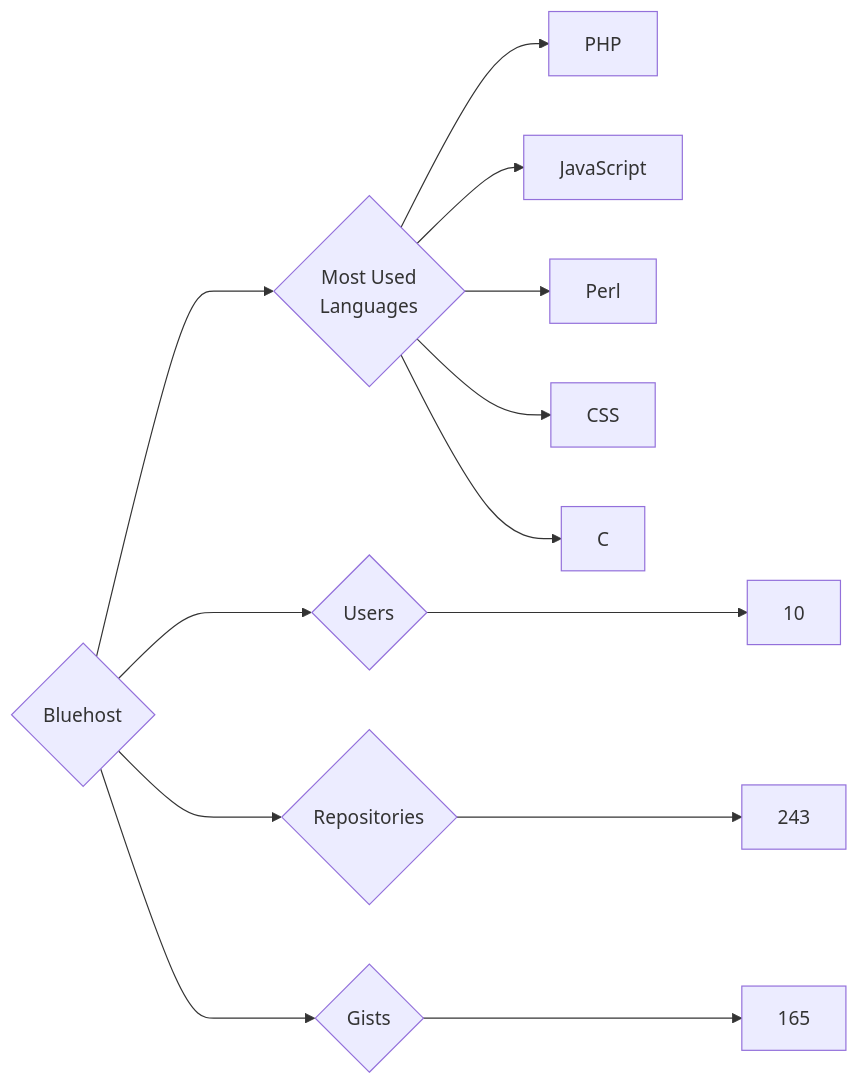
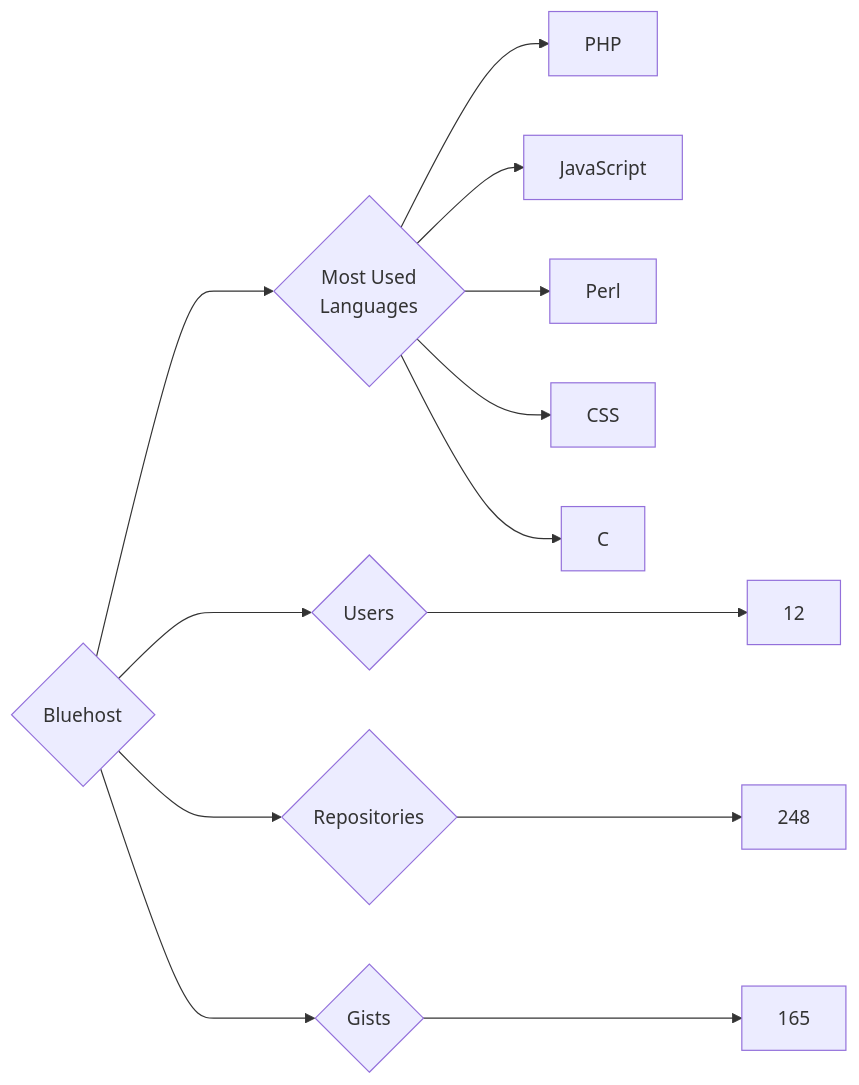
Before and after one commit to trickest/insiders: the diagram in targets/Bluehost/README.md, drawn with Mermaid. The commit also changed 924 other files, not shown here.

````diff
--- a/targets/Bluehost/README.md
+++ b/targets/Bluehost/README.md
@@ -3,13 +3,13 @@
 ```mermaid
 graph LR
 COMPANY_NAME{Bluehost}
-COMPANY_NAME ---> U{Users} ---> UN[10]
-COMPANY_NAME ---> R{Repositories} ---> RN[243]
+COMPANY_NAME ---> U{Users} ---> UN[12]
+COMPANY_NAME ---> R{Repositories} ---> RN[248]
 COMPANY_NAME ---> G{Gists} ---> GN[165]
 COMPANY_NAME ---> ML{Most Used<br>Languages}
 ML --> PHP[PHP]
 ML --> JavaScript[JavaScript]
 ML --> Perl[Perl]
 ML --> CSS[CSS]
 ML --> C[C]
 ```
````
